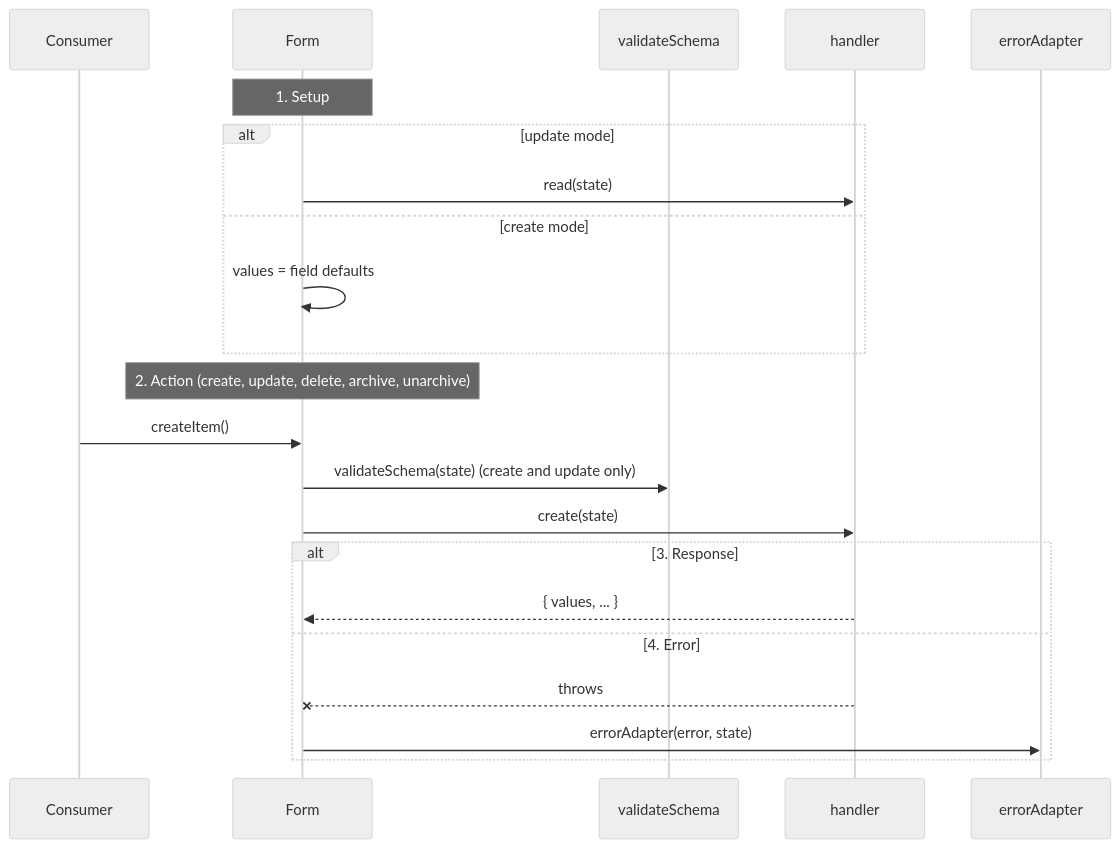
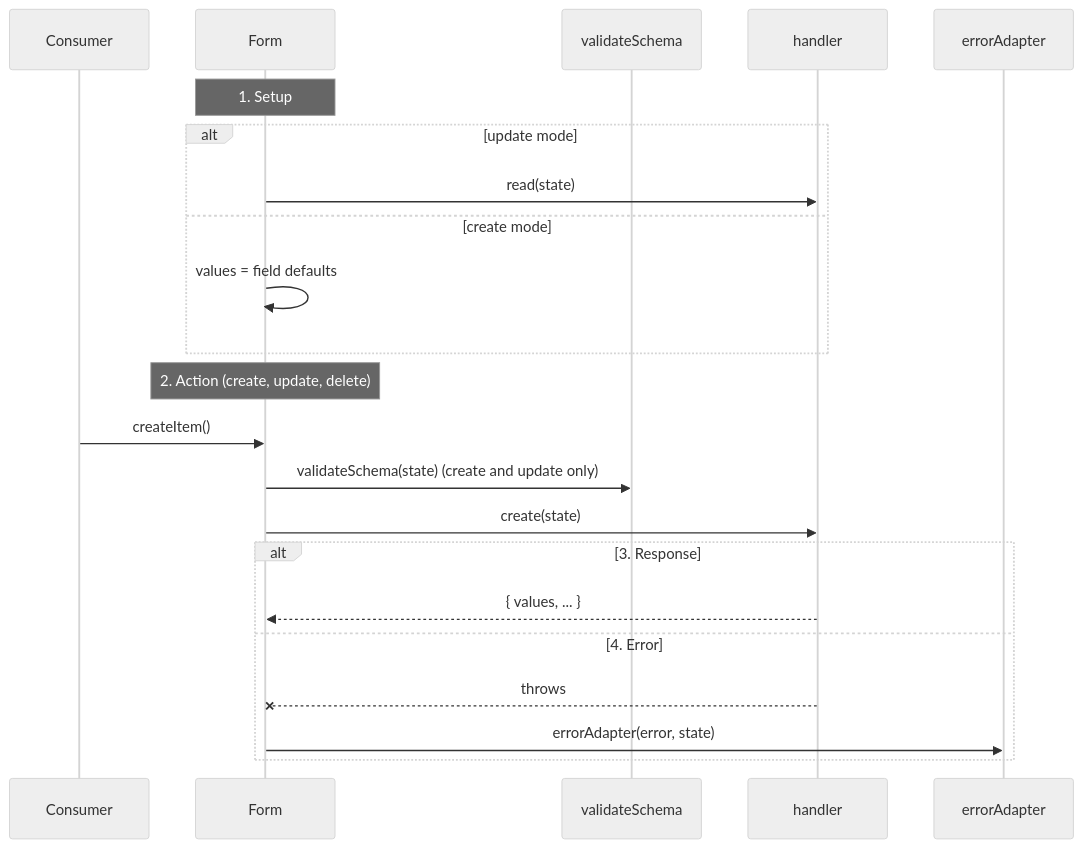
Before and after one commit to shilpdev/form: the diagram in LIFECYCLE.md, drawn with Mermaid (neutral theme). The commit also changed other lines of this file and 52 other files, not shown here.

````diff
--- a/LIFECYCLE.md
+++ b/LIFECYCLE.md
@@ -7,25 +7,25 @@
 ```mermaid
 sequenceDiagram
   participant App as Consumer
   participant Form
   participant V as validateSchema
   participant H as handler
   participant EA as errorAdapter
 
   Note over Form: 1. Setup
   alt update mode
     Form->>H: read(state)
   else create mode
     Form->>Form: values = field defaults
   end
-  Note over Form: 2. Action (create, update, delete, archive, unarchive)
+  Note over Form: 2. Action (create, update, delete)
   App->>Form: createItem()
   Form->>V: validateSchema(state) (create and update only)
   Form->>H: create(state)
   alt 3. Response
     H-->>Form: { values, ... }
   else 4. Error
     H--xForm: throws
     Form->>EA: errorAdapter(error, state)
   end
 ```
````
